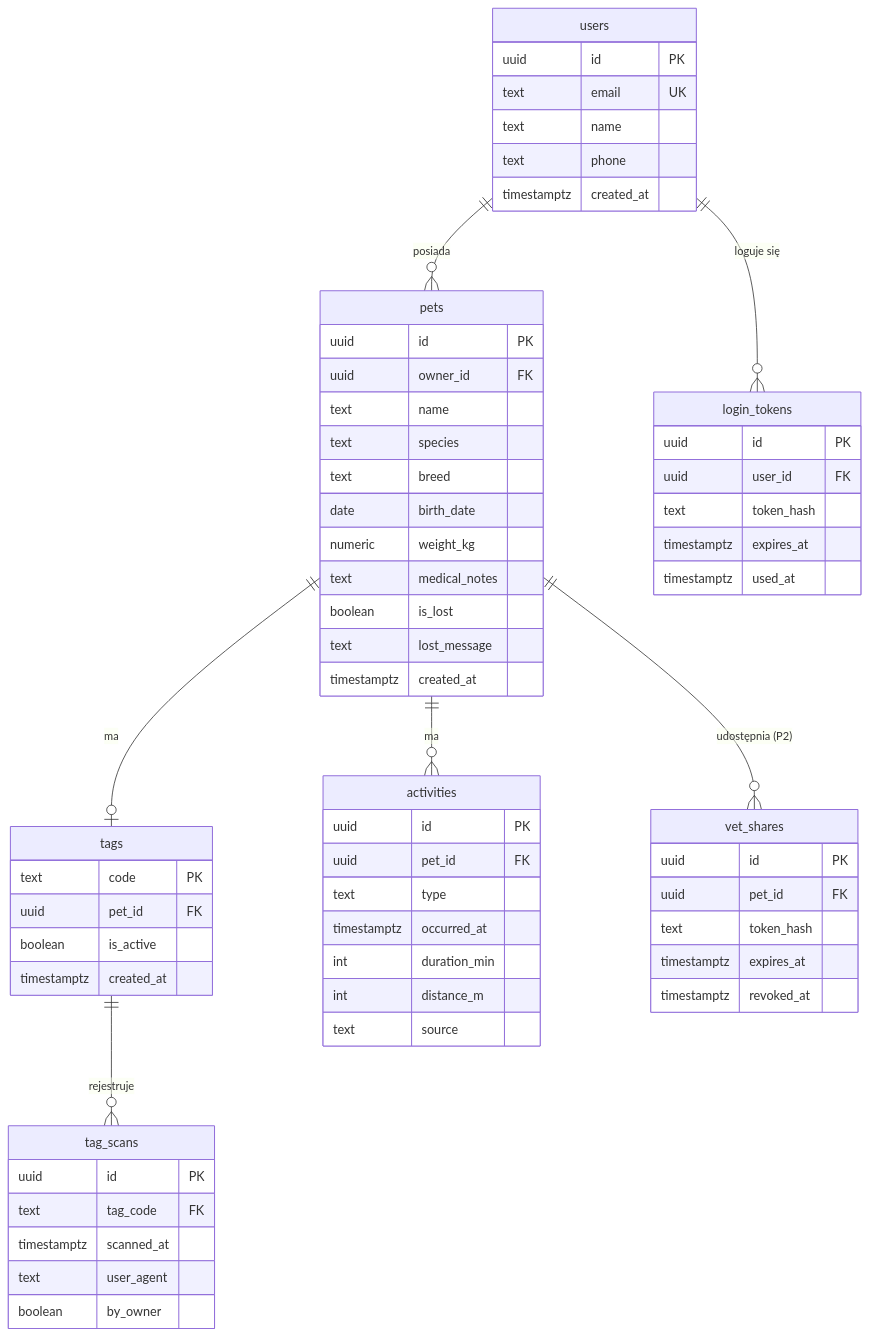
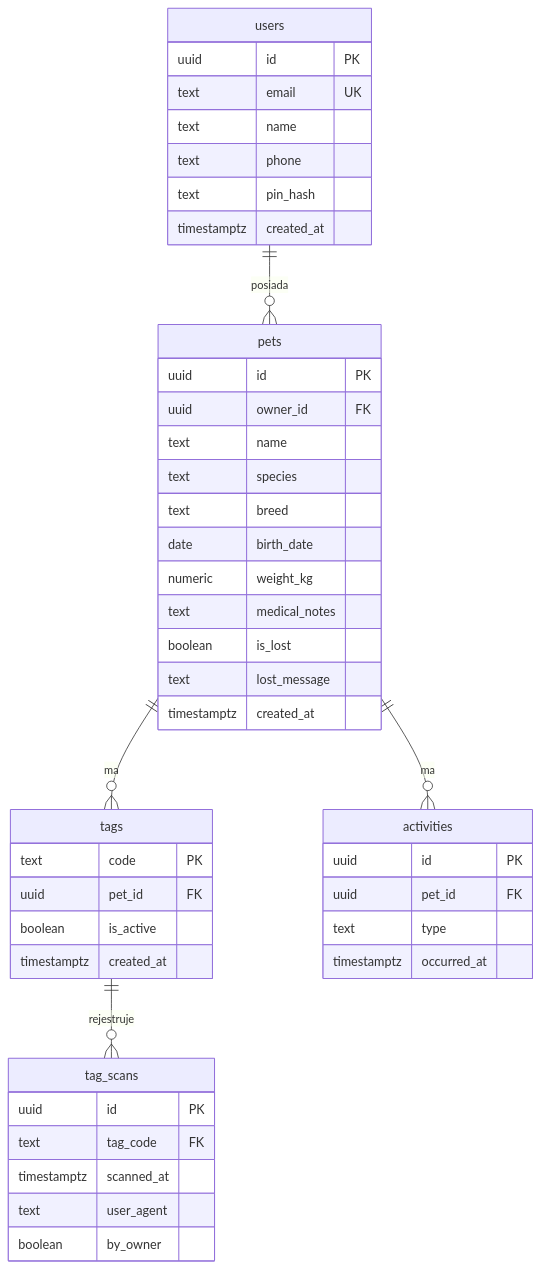
Before and after one commit to FullC0ntrol/PeTracker-FinalVersion: the second of 5 diagrams in plan/04-architektura.md, drawn with Mermaid. The commit also changed other lines of this file and 20 other files, not shown here.

````diff
--- a/plan/04-architektura.md
+++ b/plan/04-architektura.md
@@ -64,66 +71,48 @@
 ```mermaid
 erDiagram
   users ||--o{ pets : "posiada"
-  users ||--o{ login_tokens : "loguje się"
-  pets ||--o| tags : "ma"
+  pets ||--o{ tags : "ma"
   tags ||--o{ tag_scans : "rejestruje"
   pets ||--o{ activities : "ma"
-  pets ||--o{ vet_shares : "udostępnia (P2)"
 
   users {
     uuid id PK
     text email UK
     text name
     text phone
+    text pin_hash
     timestamptz created_at
-  }
-  login_tokens {
-    uuid id PK
-    uuid user_id FK
-    text token_hash
-    timestamptz expires_at
-    timestamptz used_at
   }
   pets {
     uuid id PK
     uuid owner_id FK
     text name
     text species
     text breed
     date birth_date
     numeric weight_kg
     text medical_notes
     boolean is_lost
     text lost_message
     timestamptz created_at
   }
   tags {
     text code PK
     uuid pet_id FK
     boolean is_active
     timestamptz created_at
   }
   tag_scans {
     uuid id PK
     text tag_code FK
     timestamptz scanned_at
     text user_agent
     boolean by_owner
   }
   activities {
     uuid id PK
     uuid pet_id FK
     text type
     timestamptz occurred_at
-    int duration_min
-    int distance_m
-    text source
-  }
-  vet_shares {
-    uuid id PK
-    uuid pet_id FK
-    text token_hash
-    timestamptz expires_at
-    timestamptz revoked_at
   }
 ```
````
